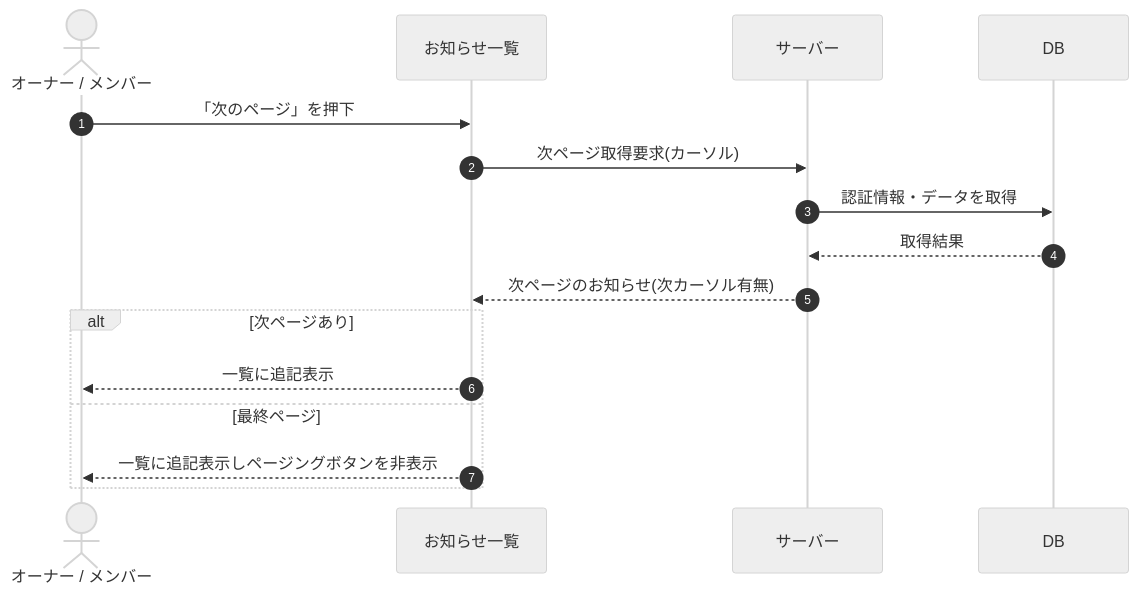
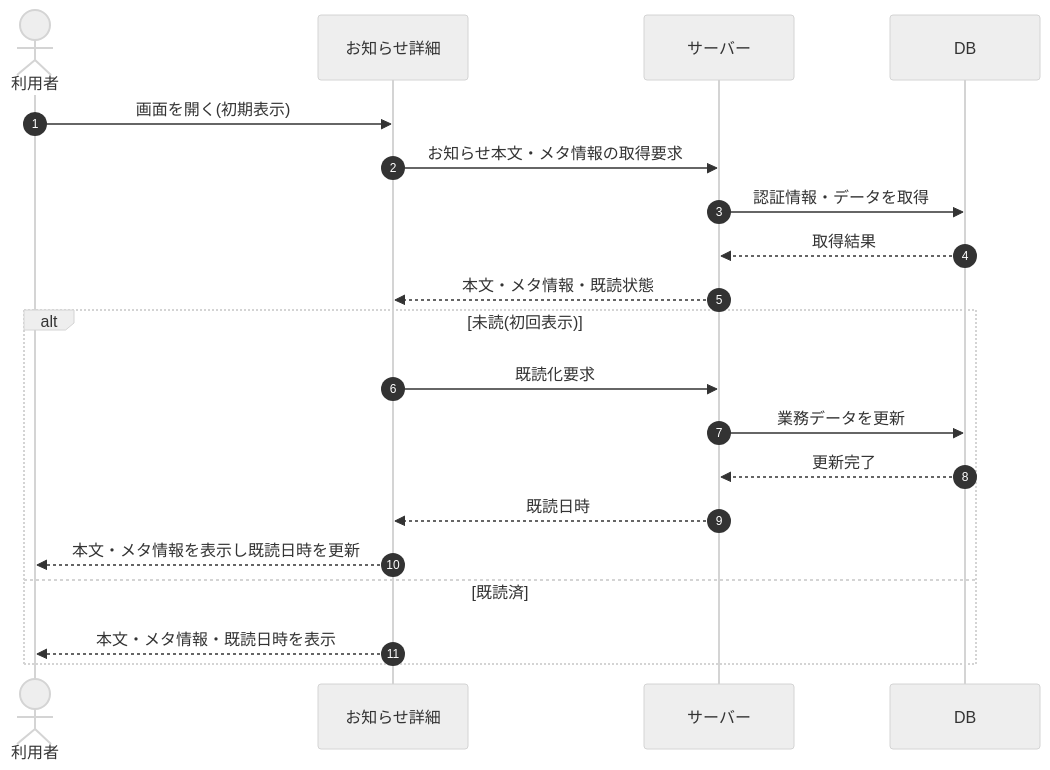
One commit to sikakou54/open-faq changed the diagram in 02_basic_design/03_sequences/SEQ-062.md. Above: the diagram before and after it, drawn with Mermaid (neutral theme). The commit also changed other lines of this file and 395 other files, not shown here.

````diff
--- a/02_basic_design/03_sequences/SEQ-062.md
+++ b/02_basic_design/03_sequences/SEQ-062.md
@@ -25,18 +25,22 @@
 ```mermaid
 sequenceDiagram
   autonumber
-  actor U as オーナー / メンバー
-  participant Screen as お知らせ一覧
+  actor U as 利用者
+  participant Screen as お知らせ詳細
   participant Server as サーバー
   participant DB as DB
-  U->>Screen: 「次のページ」を押下
-  Screen->>Server: 次ページ取得要求(カーソル)
+  U->>Screen: 画面を開く(初期表示)
+  Screen->>Server: お知らせ本文・メタ情報の取得要求
   Server->>DB: 認証情報・データを取得
   DB-->>Server: 取得結果
-  Server-->>Screen: 次ページのお知らせ(次カーソル有無)
-  alt 次ページあり
-    Screen-->>U: 一覧に追記表示
-  else 最終ページ
-    Screen-->>U: 一覧に追記表示しページングボタンを非表示
+  Server-->>Screen: 本文・メタ情報・既読状態
+  alt 未読(初回表示)
+    Screen->>Server: 既読化要求
+    Server->>DB: 業務データを更新
+    DB-->>Server: 更新完了
+    Server-->>Screen: 既読日時
+    Screen-->>U: 本文・メタ情報を表示し既読日時を更新
+  else 既読済
+    Screen-->>U: 本文・メタ情報・既読日時を表示
   end
 ```
````
